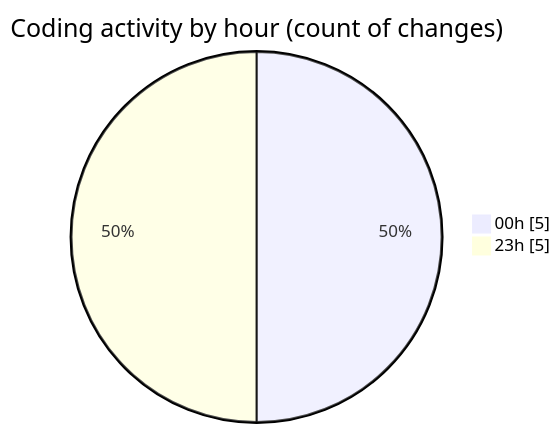
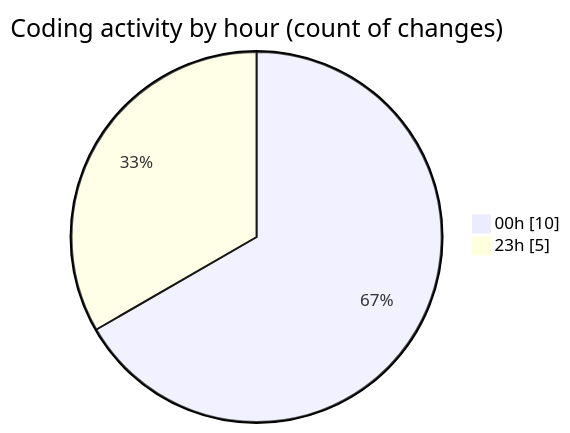
The second of 2 diagrams in 2025-02-21/projet/README.md (Elitesun/code-tracking), drawn with Mermaid before and after one commit. The commit also changed other lines of this file and 1 other file, not shown here.

````diff
--- a/2025-02-21/projet/README.md
+++ b/2025-02-21/projet/README.md
@@ -31,6 +31,6 @@
 ```mermaid
 pie showData
 title Coding activity by hour (count of changes)
-"00h" : 5
+"00h" : 10
 "23h" : 5
 ```
````
